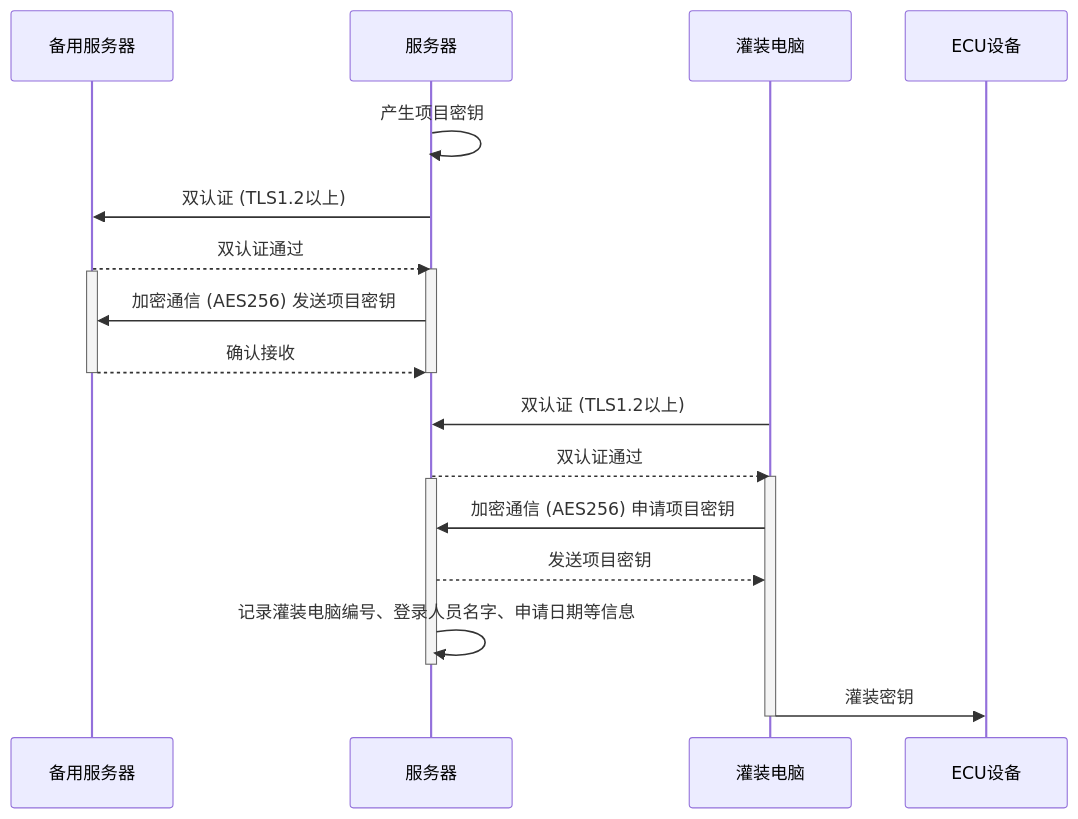
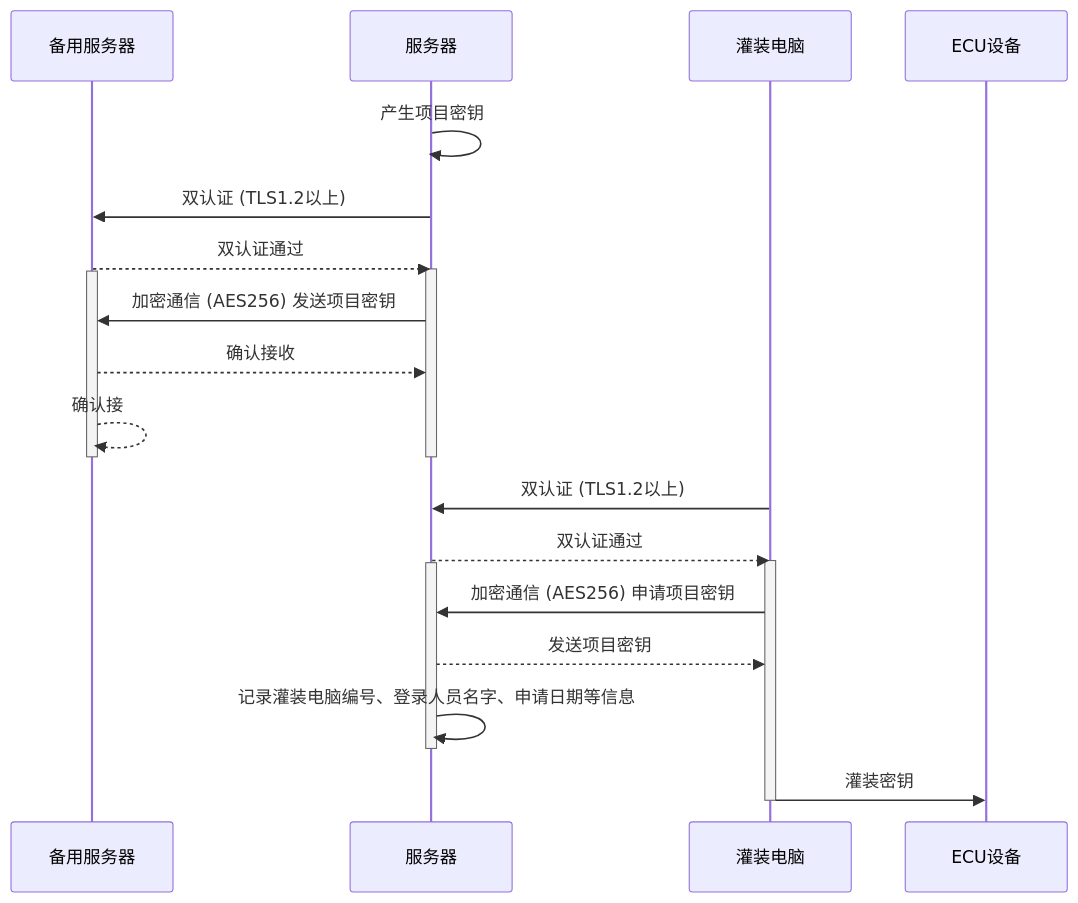
The diagram in all/未命名-10.md (facebook-cloud/iodraw-files), drawn with Mermaid before and after one commit.

Commit message:
2026-01-14 19:08:40 update

````diff
--- a/all/未命名-10.md
+++ b/all/未命名-10.md
@@ -1,30 +1,30 @@
 ```mermaid
 sequenceDiagram
     participant B as 备用服务器
     participant A as 服务器
     participant C as 灌装电脑
     participant D as ECU设备
 
     A->>A: 产生项目密钥
     A->>B: 双认证 (TLS1.2以上)
     B-->>A: 双认证通过
     activate A
     activate B
     A->>B: 加密通信 (AES256) 发送项目密钥
     B-->>A: 确认接收
-    
+    B-->>B: 确认接
     deactivate B
     deactivate A
 
     C->>A: 双认证 (TLS1.2以上)
     A-->>C: 双认证通过
     activate C
     activate A
     C->>A: 加密通信 (AES256) 申请项目密钥
     A-->>C: 发送项目密钥
     A->>A: 记录灌装电脑编号、登录人员名字、申请日期等信息
     deactivate A
     C->>D: 灌装密钥
     deactivate C
 
 ```
````
